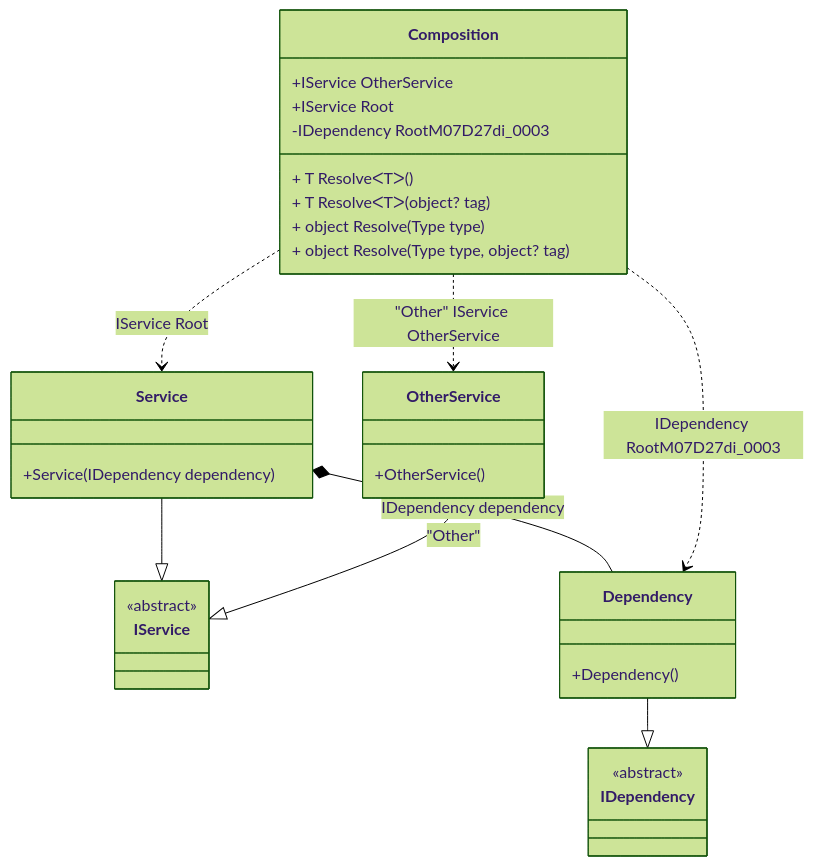
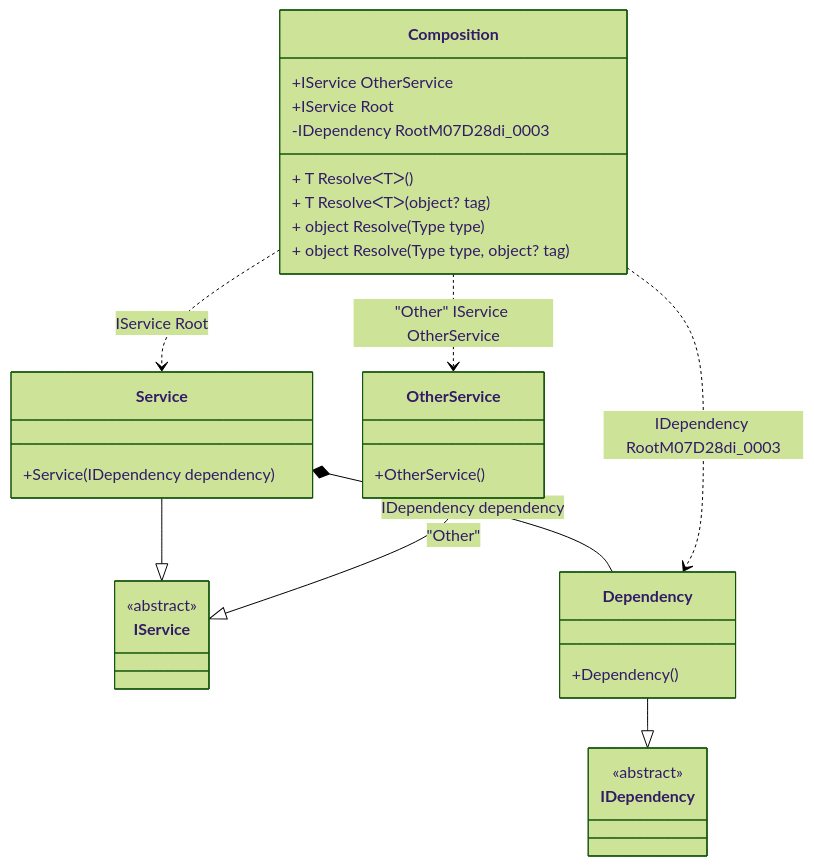
The diagram in readme/composition-roots.md (DevTeam/Pure.DI), drawn with Mermaid (forest theme) before and after one commit. The commit also changed other lines of this file and 51 other files, not shown here.

````diff
--- a/readme/composition-roots.md
+++ b/readme/composition-roots.md
@@ -45,34 +45,34 @@
 ```mermaid
 classDiagram
   class Composition {
     +IService OtherService
     +IService Root
-    -IDependency RootM07D27di_0003
+    -IDependency RootM07D28di_0003
     + T ResolveᐸTᐳ()
     + T ResolveᐸTᐳ(object? tag)
     + object Resolve(Type type)
     + object Resolve(Type type, object? tag)
   }
   Service --|> IService : 
   class Service {
     +Service(IDependency dependency)
   }
   OtherService --|> IService : "Other" 
   class OtherService {
     +OtherService()
   }
   Dependency --|> IDependency : 
   class Dependency {
     +Dependency()
   }
   class IService {
     <<abstract>>
   }
   class IDependency {
     <<abstract>>
   }
   Service *--  Dependency : IDependency dependency
   Composition ..> Service : IService Root
   Composition ..> OtherService : "Other" IService OtherService
-  Composition ..> Dependency : IDependency RootM07D27di_0003
+  Composition ..> Dependency : IDependency RootM07D28di_0003
 ```
````
